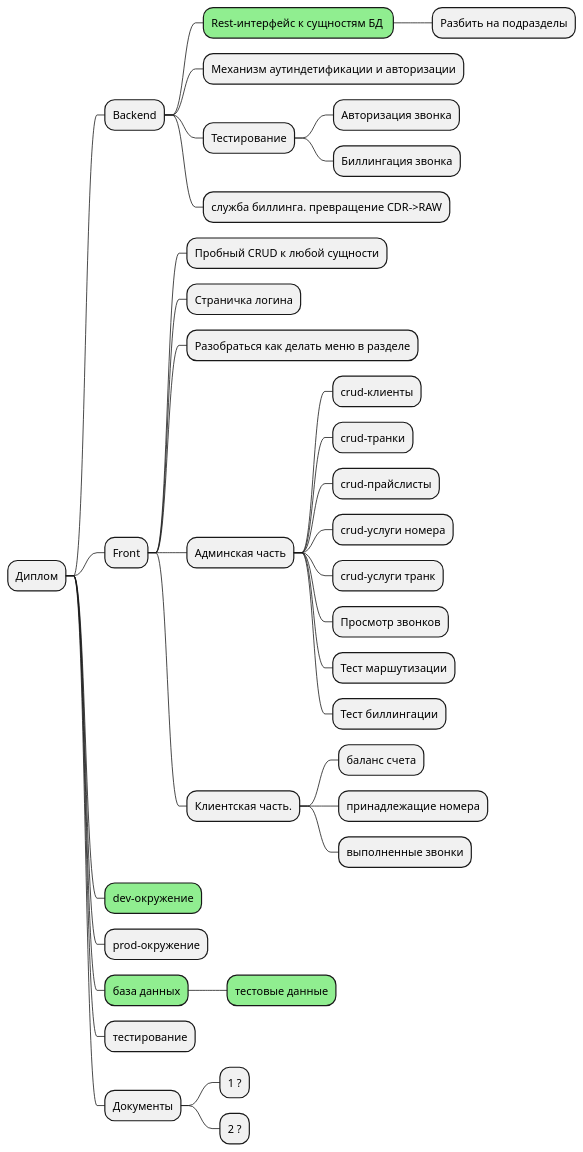
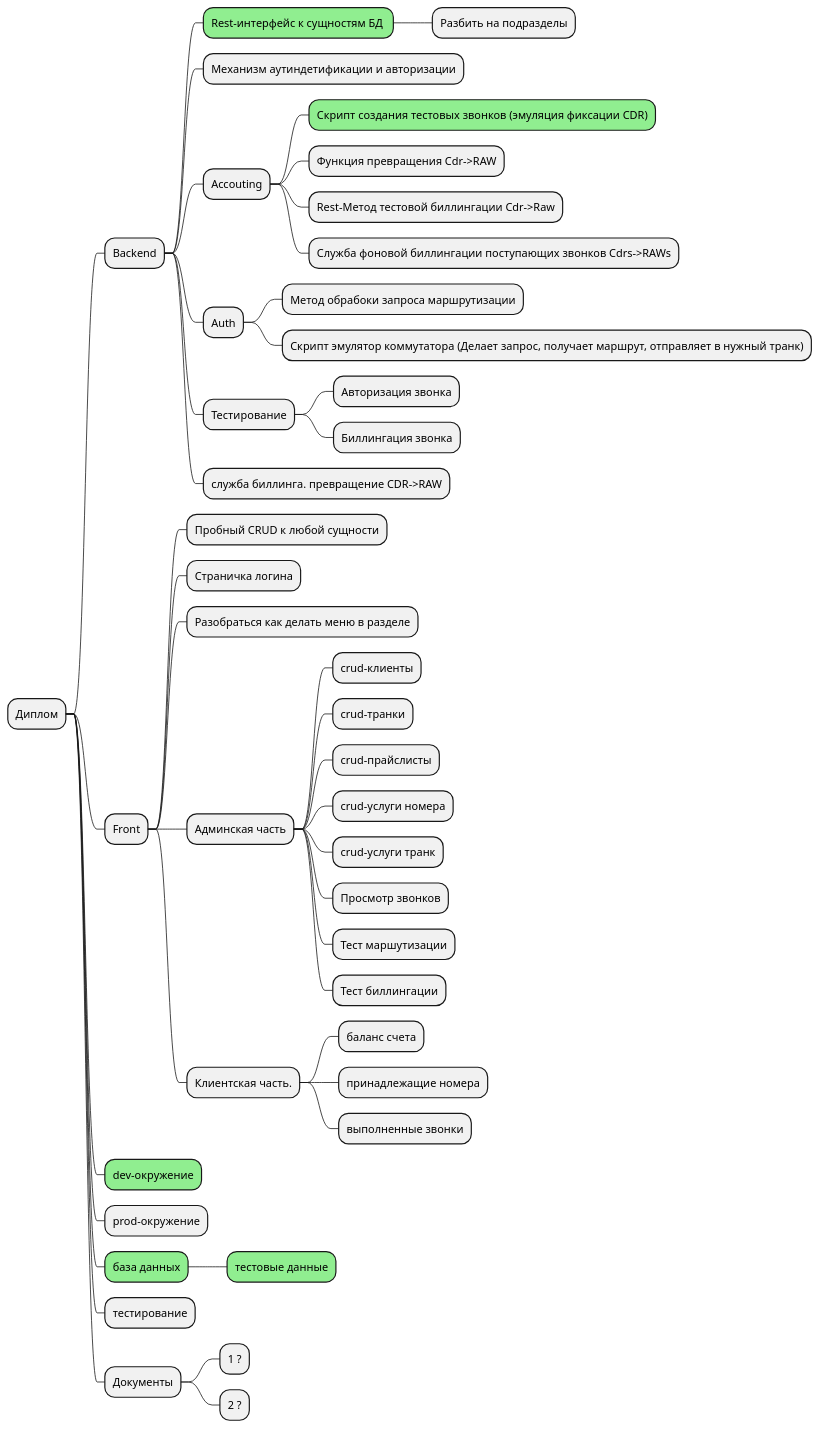
The diagram in docs/diagrams/todo.wsd (lfuuu/Diplom), drawn with PlantUML before and after one commit. The commit also changed 1 other file, not shown here.

```diff
--- a/docs/diagrams/todo.wsd
+++ b/docs/diagrams/todo.wsd
@@ -1,39 +1,47 @@
 @startmindmap
 * Диплом
 ** Backend
 ***[#lightgreen] Rest-интерфейс к сущностям БД <<green>>
 **** Разбить на подразделы
 *** Механизм аутиндетификации и авторизации
+*** Accouting
+****[#lightgreen] Скрипт создания тестовых звонков (эмуляция фиксации CDR)
+**** Функция превращения Cdr->RAW
+**** Rest-Метод тестовой биллингации Cdr->Raw
+**** Служба фоновой биллингации поступающих звонков Cdrs->RAWs
+*** Auth
+**** Метод обрабоки запроса маршрутизации
+**** Скрипт эмулятор коммутатора (Делает запрос, получает маршрут, отправляет в нужный транк)
 *** Тестирование
 **** Авторизация звонка
 **** Биллингация звонка
 *** служба биллинга. превращение CDR->RAW
 
 ** Front
 *** Пробный CRUD к любой сущности
 *** Страничка логина
 *** Разобраться как делать меню в разделе
 *** Админская часть
 **** crud-клиенты
 **** сrud-транки
 **** сrud-прайслисты
 **** сrud-услуги номера
 **** сrud-услуги транк
 **** Просмотр звонков
 **** Тест маршутизации
 **** Тест биллингации
 *** Клиентская часть.
 **** баланс счета
 **** принадлежащие номера
 **** выполненные звонки
 **[#lightgreen] dev-окружение
 ** prod-окружение
 **[#lightgreen] база данных
 ***[#lightgreen] тестовые данные
 ** тестирование
 ** Документы
 *** 1 ?
 *** 2 ?
 
 
 @endmindmap
```
